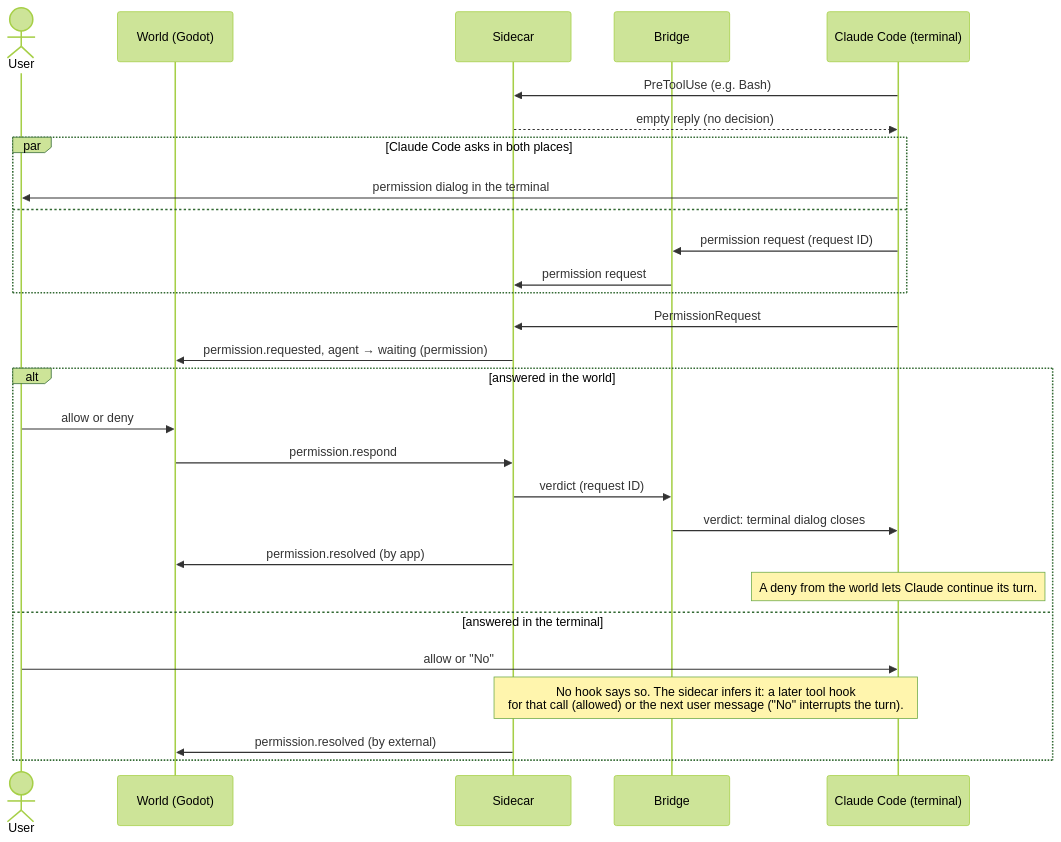
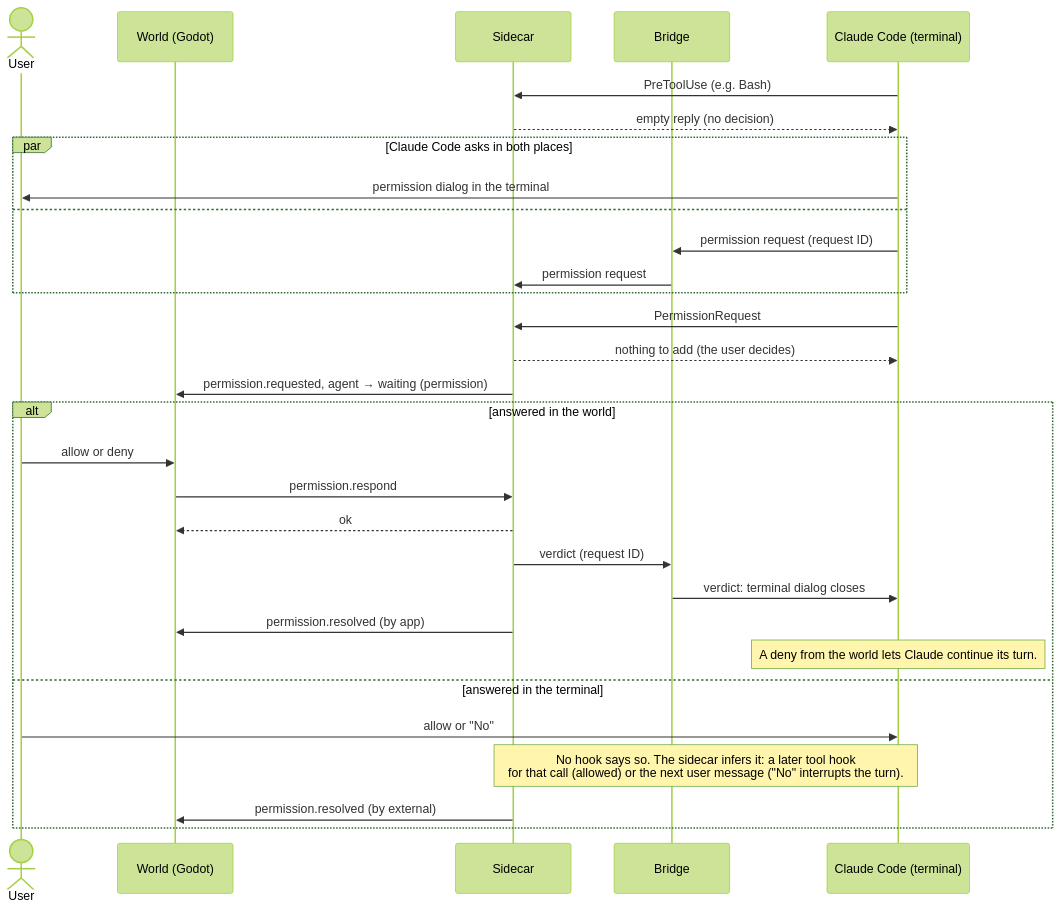
One commit to PaoloPortugal/The-Beach changed the third of 7 diagrams in docs/flows.md. Above: the diagram before and after it, drawn with Mermaid (forest theme). The commit also changed other lines of this file, not shown here.

Commit message:
Draw every reply in the flow diagrams and add a reading key

````diff
--- a/docs/flows.md
+++ b/docs/flows.md
@@ -80,31 +96,33 @@
 ```mermaid
 sequenceDiagram
     actor User
     participant World as World (Godot)
     participant Sidecar
     participant Bridge
     participant Claude as Claude Code (terminal)
 
     Claude->>Sidecar: PreToolUse (e.g. Bash)
     Sidecar-->>Claude: empty reply (no decision)
     par Claude Code asks in both places
         Claude->>User: permission dialog in the terminal
     and
         Claude->>Bridge: permission request (request ID)
         Bridge->>Sidecar: permission request
     end
     Claude->>Sidecar: PermissionRequest
+    Sidecar-->>Claude: nothing to add (the user decides)
     Sidecar->>World: permission.requested, agent → waiting (permission)
     alt answered in the world
         User->>World: allow or deny
         World->>Sidecar: permission.respond
+        Sidecar-->>World: ok
         Sidecar->>Bridge: verdict (request ID)
         Bridge->>Claude: verdict: terminal dialog closes
         Sidecar->>World: permission.resolved (by app)
         Note over Claude: A deny from the world lets Claude continue its turn.
     else answered in the terminal
         User->>Claude: allow or "No"
         Note over Claude,Sidecar: No hook says so. The sidecar infers it: a later tool hook<br/>for that call (allowed) or the next user message ("No" interrupts the turn).
         Sidecar->>World: permission.resolved (by external)
     end
 ```
````
